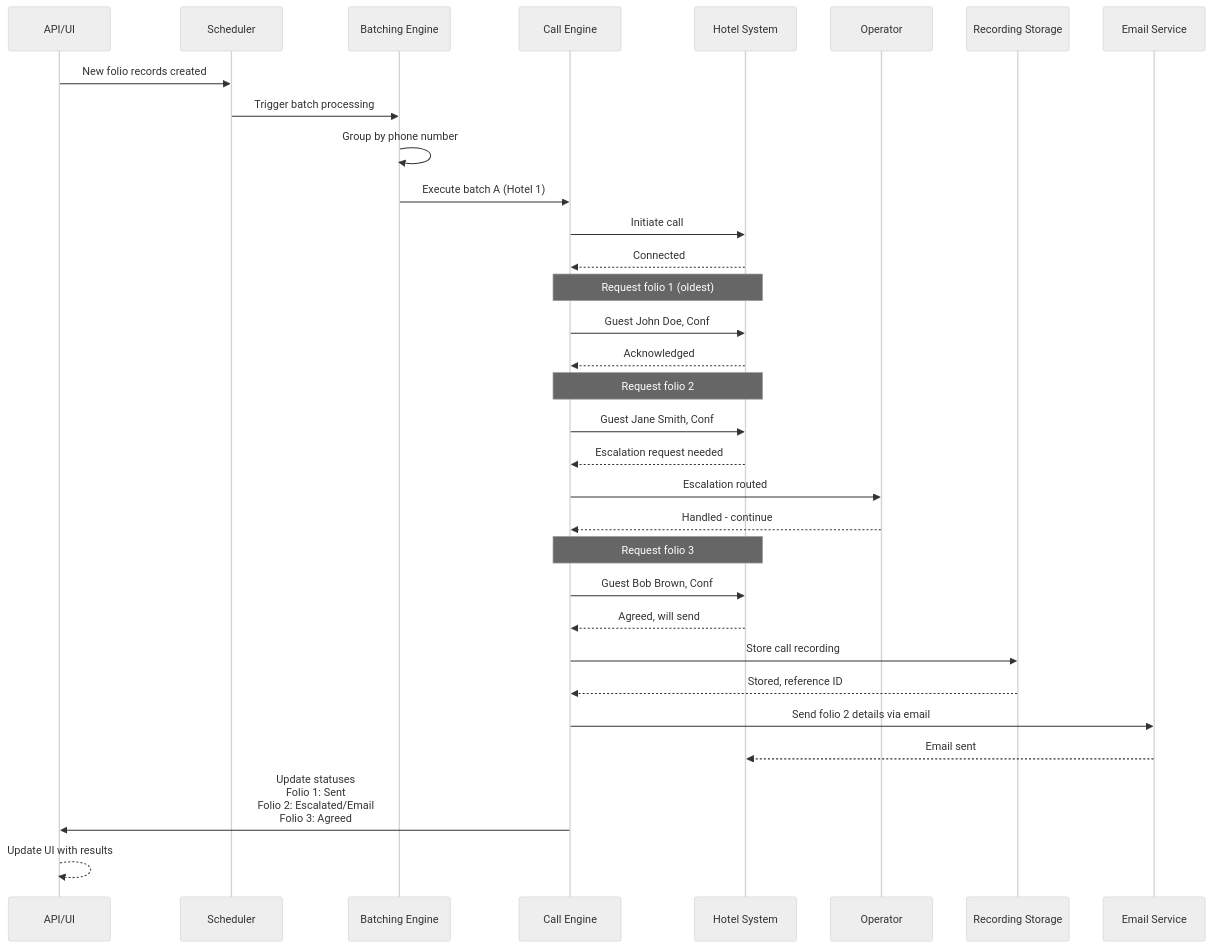
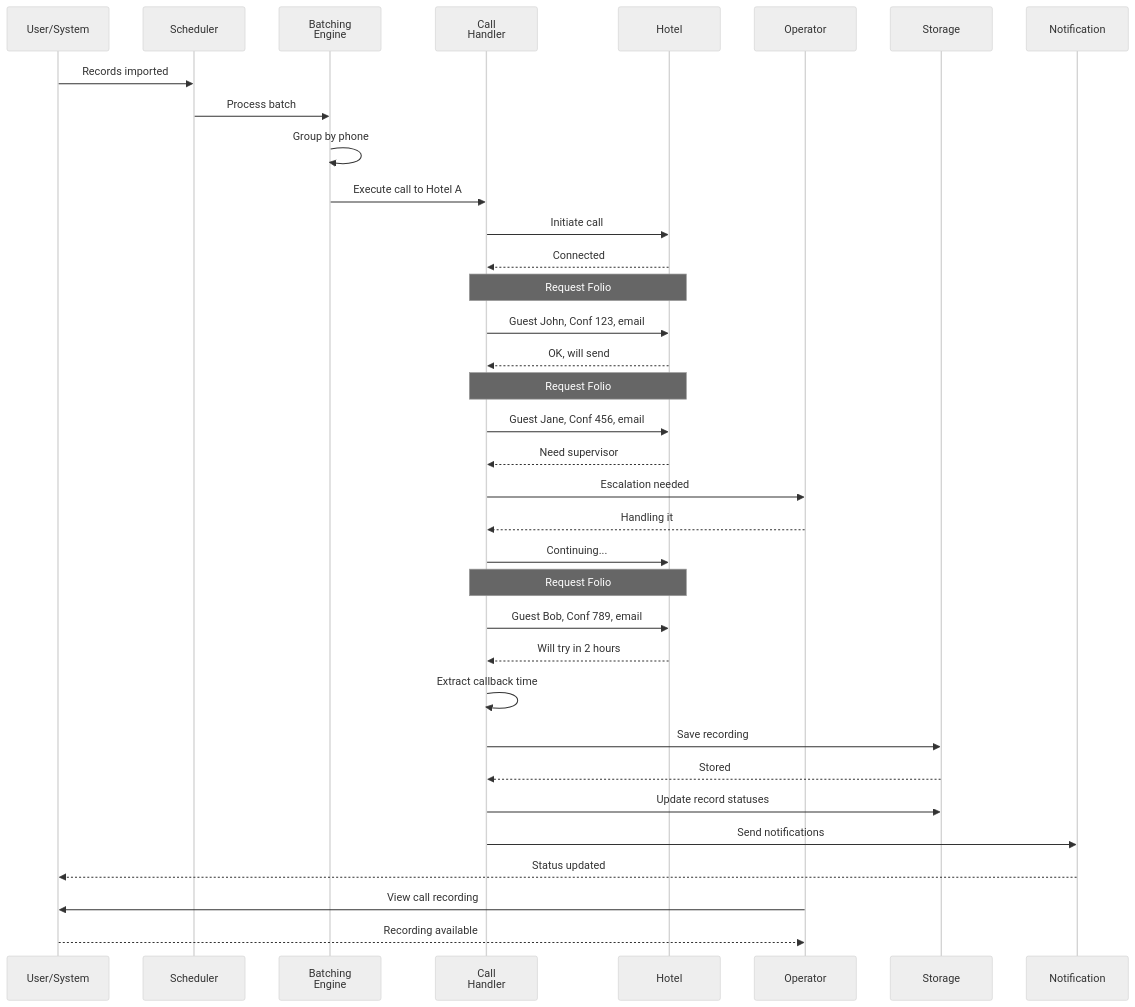
The fifth of 5 diagrams in Folio-architecture.md (Org-for-Folio-AI/FolioAISpecs), drawn with Mermaid (neutral theme) before and after one commit. The commit also changed other lines of this file and 1 other file, not shown here.

First line of the commit message:
Refine Folio spec: remove phases, add IVR handling, create logical architecture

````diff
--- a/Folio-architecture.md
+++ b/Folio-architecture.md
@@ -113,42 +315,43 @@
 ```mermaid
 sequenceDiagram
-    participant API as API/UI
-    participant Scheduler as Scheduler
-    participant Batch as Batching Engine
-    participant CallEngine as Call Engine
-    participant Hotel as Hotel System
+    participant UI as User/System
+    participant Sched as Scheduler
+    participant Batch as Batching<br/>Engine
+    participant Call as Call<br/>Handler
+    participant Hotel as Hotel
     participant Operator as Operator
-    participant Storage as Recording Storage
-    participant Email as Email Service
+    participant Store as Storage
+    participant Alert as Notification
 
-    API->>Scheduler: New folio records created
-    Scheduler->>Batch: Trigger batch processing
-    Batch->>Batch: Group by phone number
-    Batch->>CallEngine: Execute batch A (Hotel 1)
-    CallEngine->>Hotel: Initiate call
-    Hotel-->>CallEngine: Connected
+    UI->>Sched: Records imported
+    Sched->>Batch: Process batch
+    Batch->>Batch: Group by phone
+    Batch->>Call: Execute call to Hotel A
+    Call->>Hotel: Initiate call
+    Hotel-->>Call: Connected
 
-    Note over CallEngine,Hotel: Request folio 1 (oldest)
-    CallEngine->>Hotel: Guest John Doe, Conf#123, send to john@example.com
-    Hotel-->>CallEngine: Acknowledged
+    Note over Call,Hotel: Request Folio #1
+    Call->>Hotel: Guest John, Conf 123, email
+    Hotel-->>Call: OK, will send
 
-    Note over CallEngine,Hotel: Request folio 2
-    CallEngine->>Hotel: Guest Jane Smith, Conf#456, send to jane@example.com
-    Hotel-->>CallEngine: Escalation request needed
+    Note over Call,Hotel: Request Folio #2
+    Call->>Hotel: Guest Jane, Conf 456, email
+    Hotel-->>Call: Need supervisor
+    Call->>Operator: Escalation needed
+    Operator-->>Call: Handling it
+    Call->>Hotel: Continuing...
 
-    CallEngine->>Operator: Escalation routed
-    Operator-->>CallEngine: Handled - continue
+    Note over Call,Hotel: Request Folio #3
+    Call->>Hotel: Guest Bob, Conf 789, email
+    Hotel-->>Call: Will try in 2 hours
+    Call->>Call: Extract callback time
 
-    Note over CallEngine,Hotel: Request folio 3
-    CallEngine->>Hotel: Guest Bob Brown, Conf#789, send to bob@example.com
-    Hotel-->>CallEngine: Agreed, will send
+    Call->>Store: Save recording
+    Store-->>Call: Stored
+    Call->>Store: Update record statuses
+    Call->>Alert: Send notifications
+    Alert-->>UI: Status updated
 
-    CallEngine->>Storage: Store call recording
-    Storage-->>CallEngine: Stored, reference ID
-
-    CallEngine->>Email: Send folio 2 details via email
-    Email-->>Hotel: Email sent
-
-    CallEngine->>API: Update statuses<br/>Folio 1: Sent<br/>Folio 2: Escalated/Email<br/>Folio 3: Agreed
-    API-->>API: Update UI with results
+    Operator->>UI: View call recording
+    UI-->>Operator: Recording available
 ```
````
